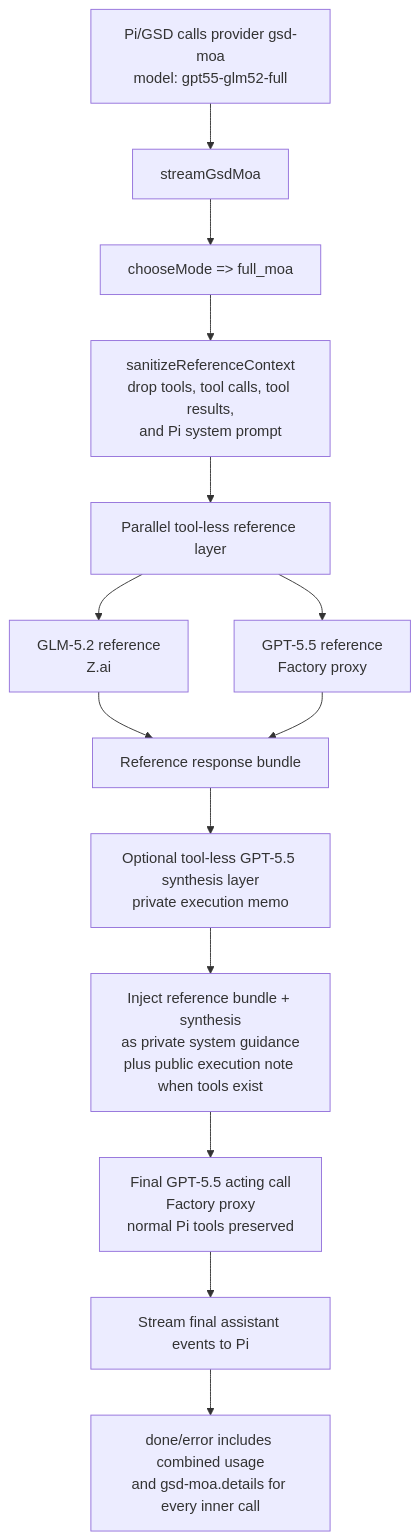
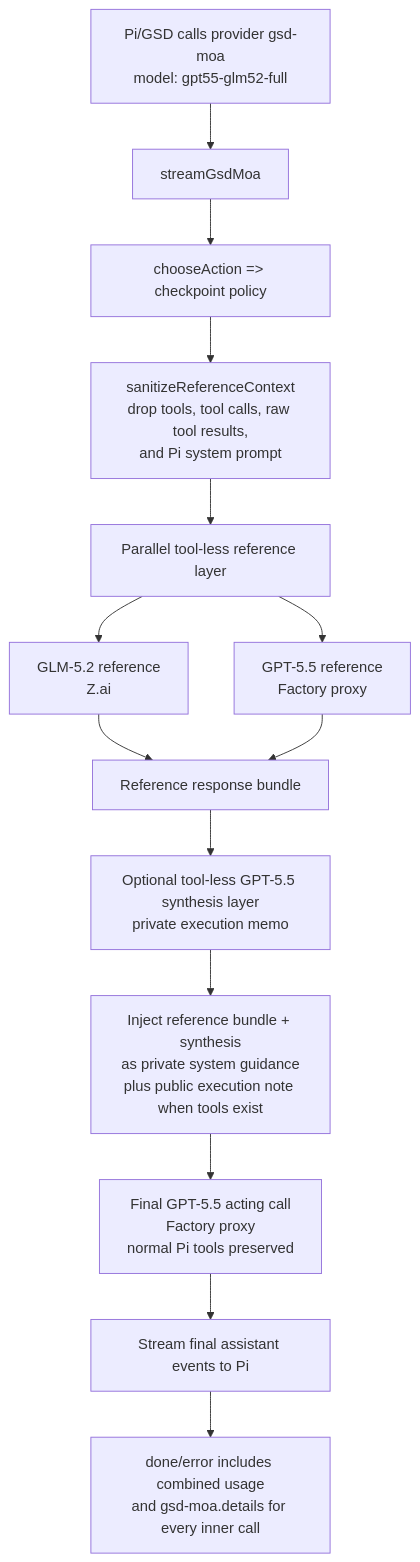
Before and after one commit to manthedan/gsd-moa: the first of 2 diagrams in docs/FULL-MOA.md, drawn with Mermaid. The commit also changed other lines of this file and 22 other files, not shown here.

````diff
--- a/docs/FULL-MOA.md
+++ b/docs/FULL-MOA.md
@@ -5,16 +5,16 @@
 ```mermaid
 flowchart TD
   A[Pi/GSD calls provider gsd-moa<br/>model: gpt55-glm52-full] --> B[streamGsdMoa]
-  B --> C[chooseMode => full_moa]
-  C --> D[sanitizeReferenceContext<br/>drop tools, tool calls, tool results,<br/>and Pi system prompt]
+  B --> C[chooseAction => checkpoint policy]
+  C --> D[sanitizeReferenceContext<br/>drop tools, tool calls, raw tool results,<br/>and Pi system prompt]
   D --> E[Parallel tool-less reference layer]
   E --> E1[GLM-5.2 reference<br/>Z.ai]
   E --> E2[GPT-5.5 reference<br/>Factory proxy]
   E1 --> F[Reference response bundle]
   E2 --> F
   F --> G[Optional tool-less GPT-5.5 synthesis layer<br/>private execution memo]
   G --> H[Inject reference bundle + synthesis<br/>as private system guidance<br/>plus public execution note when tools exist]
   H --> I[Final GPT-5.5 acting call<br/>Factory proxy<br/>normal Pi tools preserved]
   I --> J[Stream final assistant events to Pi]
   J --> K[done/error includes combined usage<br/>and gsd-moa.details for every inner call]
 ```
````
